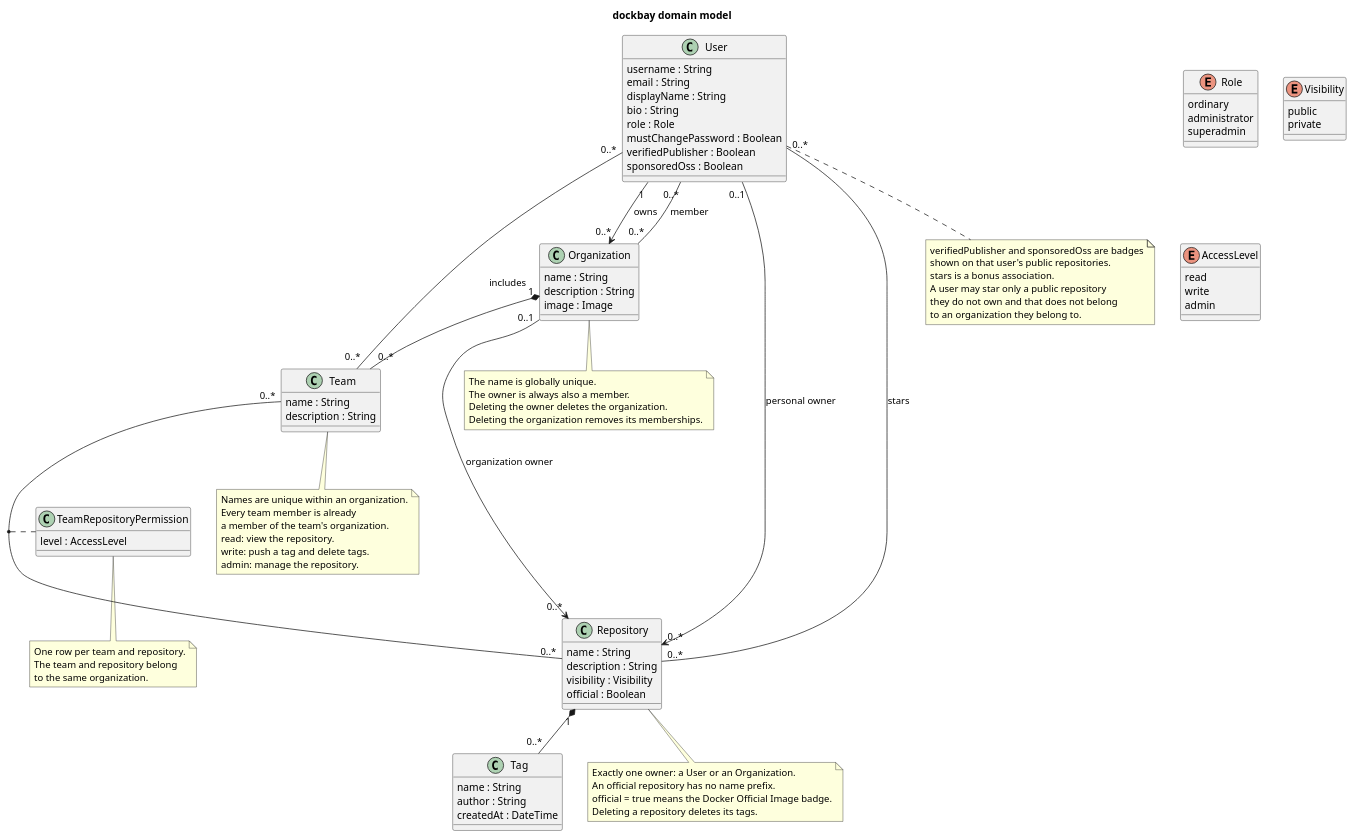
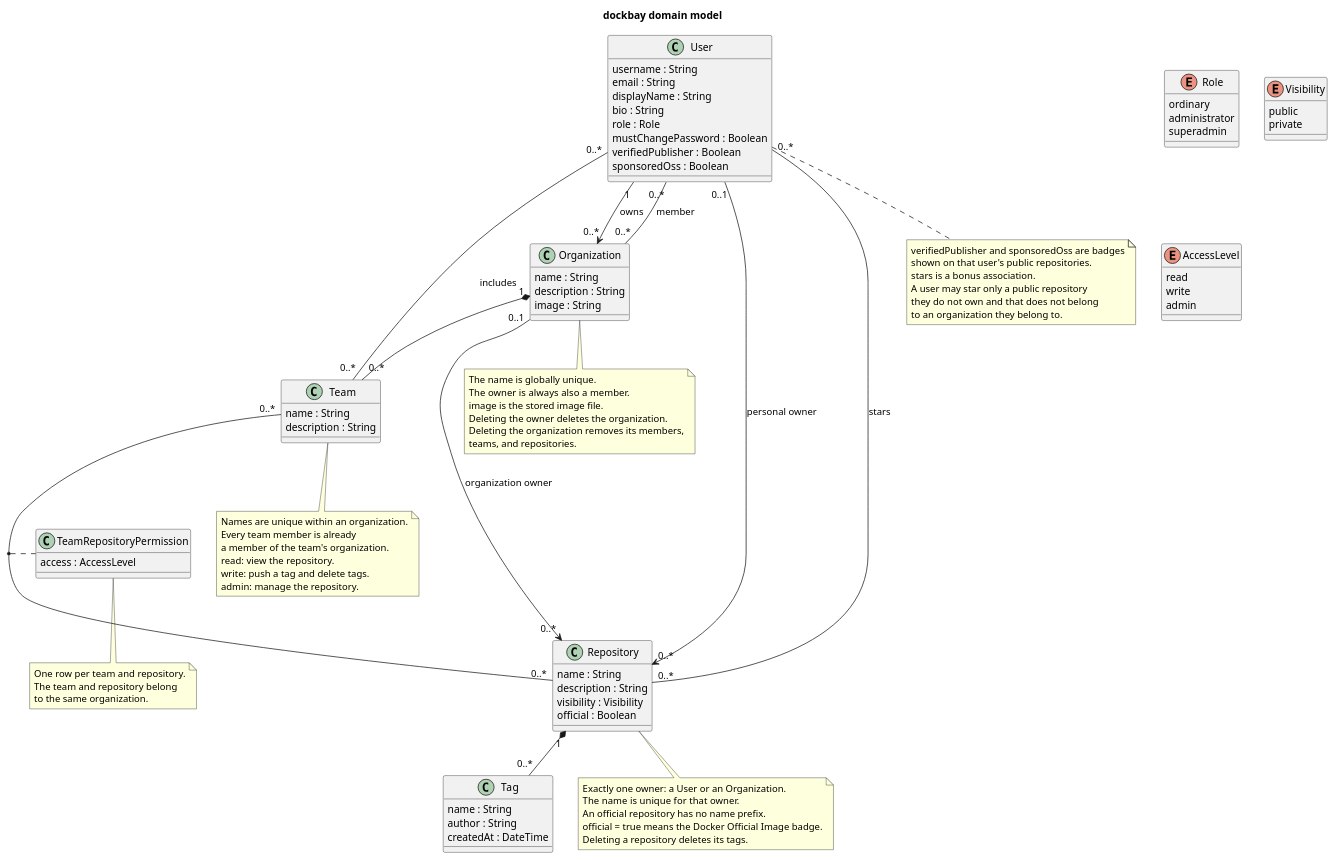
The diagram in docs/domain-model.puml (ddhoodie/dockbay), drawn with PlantUML before and after one commit.

Commit message:
Align the class diagram with the domain rules

```diff
--- a/docs/domain-model.puml
+++ b/docs/domain-model.puml
@@ -1,115 +1,118 @@
 @startuml dockbay-domain
 skinparam classAttributeIconSize 0
 title dockbay domain model
 
 enum Role {
   ordinary
   administrator
   superadmin
 }
 
 enum Visibility {
   public
   private
 }
 
 enum AccessLevel {
   read
   write
   admin
 }
 
 class User {
   username : String
   email : String
   displayName : String
   bio : String
   role : Role
   mustChangePassword : Boolean
   verifiedPublisher : Boolean
   sponsoredOss : Boolean
 }
 
 class Organization {
   name : String
   description : String
-  image : Image
+  image : String
 }
 
 class Team {
   name : String
   description : String
 }
 
 class TeamRepositoryPermission {
-  level : AccessLevel
+  access : AccessLevel
 }
 
 class Repository {
   name : String
   description : String
   visibility : Visibility
   official : Boolean
 }
 
 class Tag {
   name : String
   author : String
   createdAt : DateTime
 }
 
 User "1" --> "0..*" Organization : owns
 User "0..*" -- "0..*" Organization : member
 
 note bottom of Organization
   The name is globally unique.
   The owner is always also a member.
+  image is the stored image file.
   Deleting the owner deletes the organization.
-  Deleting the organization removes its memberships.
+  Deleting the organization removes its members,
+  teams, and repositories.
 end note
 
 Organization "1" *-- "0..*" Team
 Team "0..*" -- "0..*" User : includes
 
 User "0..1" --> "0..*" Repository : personal owner
 Organization "0..1" --> "0..*" Repository : organization owner
 
 Repository "1" *-- "0..*" Tag
 
 Team "0..*" -- "0..*" Repository
 (Team, Repository) .. TeamRepositoryPermission
 
 User "0..*" -- "0..*" Repository : stars
 
 note bottom of Repository
   Exactly one owner: a User or an Organization.
+  The name is unique for that owner.
   An official repository has no name prefix.
   official = true means the Docker Official Image badge.
   Deleting a repository deletes its tags.
 end note
 
 note bottom of User
   verifiedPublisher and sponsoredOss are badges
   shown on that user's public repositories.
   stars is a bonus association.
   A user may star only a public repository
   they do not own and that does not belong
   to an organization they belong to.
 end note
 
 note bottom of Team
   Names are unique within an organization.
   Every team member is already
   a member of the team's organization.
   read: view the repository.
   write: push a tag and delete tags.
   admin: manage the repository.
 end note
 
 note bottom of TeamRepositoryPermission
   One row per team and repository.
   The team and repository belong
   to the same organization.
 end note
 
 @enduml
```
